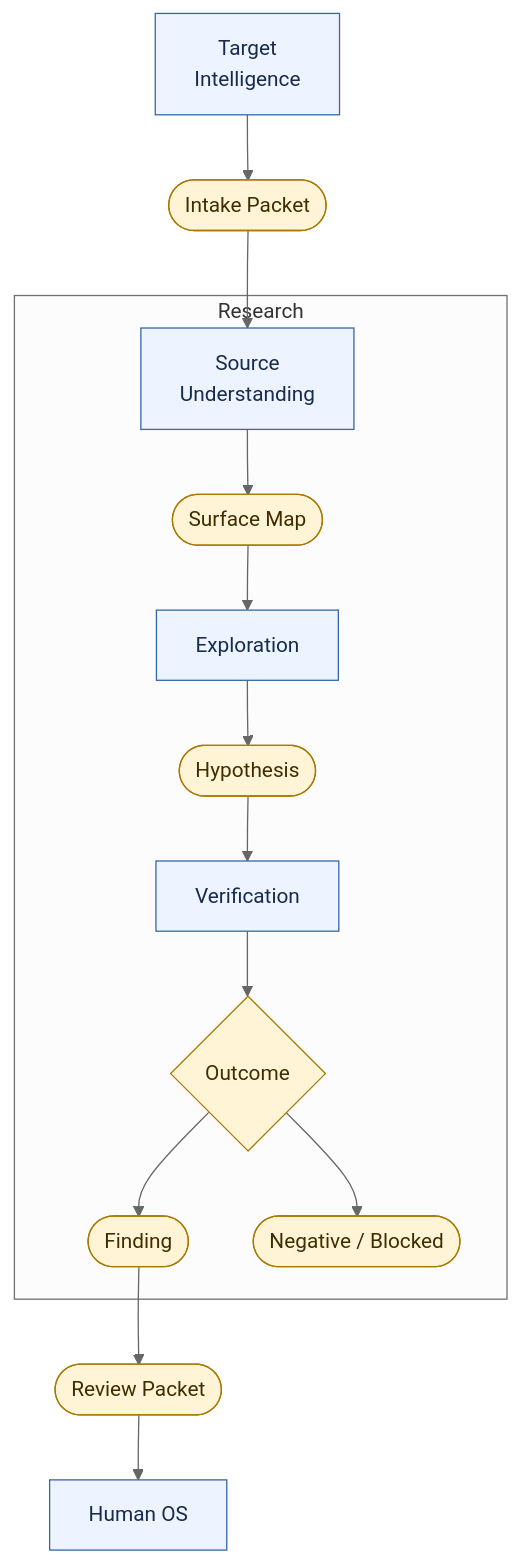
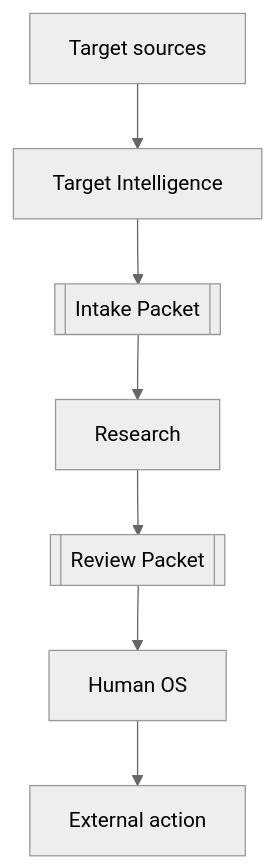
One commit to momoponwork1415-lgtm/wordpress-harness changed the first of 4 diagrams in docs/design/architecture/module-map.md. Above: the diagram before and after it, drawn with Mermaid (neutral theme). The commit also changed other lines of this file and 33 other files, not shown here.

````diff
--- a/docs/design/architecture/module-map.md
+++ b/docs/design/architecture/module-map.md
@@ -9,37 +9,13 @@
 ```mermaid
 flowchart TB
-    target["Target<br/>Intelligence"]
-    intake(["Intake Packet"])
+    sources["Target sources"]
+    intelligence["Target Intelligence"]
+    intake[["Intake Packet"]]
+    research["Research"]
+    packet[["Review Packet"]]
+    human["Human OS"]
+    external["External action"]
 
-    subgraph research["Research"]
-        understand["Source<br/>Understanding"]
-        surface(["Surface Map"])
-        explore["Exploration"]
-        hypothesis(["Hypothesis"])
-        verify["Verification"]
-        outcome{"Outcome"}
-        finding(["Finding"])
-        negative(["Negative / Blocked"])
-
-        understand --> surface
-        surface --> explore
-        explore --> hypothesis
-        hypothesis --> verify
-        verify --> outcome
-        outcome --> finding
-        outcome --> negative
-    end
-
-    review(["Review Packet"])
-    human["Human OS"]
-
-    target --> intake
-    intake --> understand
-    finding --> review
-    review --> human
-
-    classDef module fill:#edf4ff,stroke:#3767a6,color:#172b4d;
-    classDef artifact fill:#fff5d6,stroke:#a87800,color:#3f2d00;
-    class target,understand,explore,verify,human module;
-    class intake,surface,hypothesis,outcome,finding,negative,review artifact;
+    sources --> intelligence --> intake --> research
+    research --> packet --> human --> external
 ```
````
